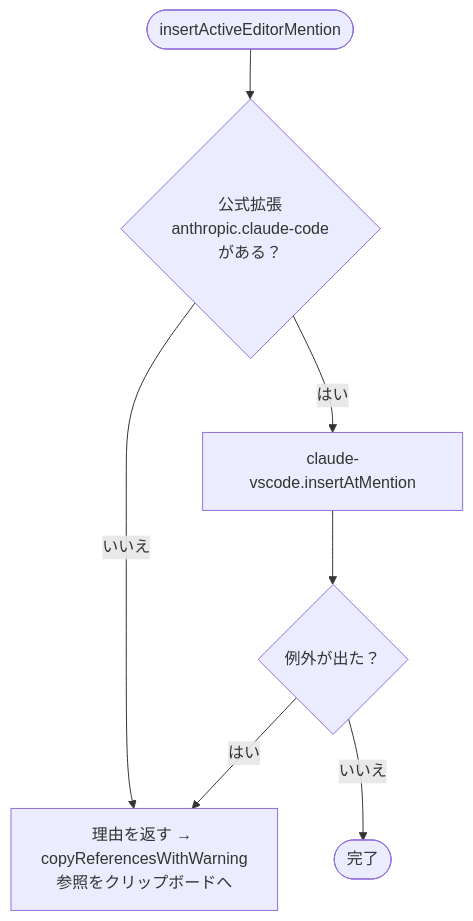
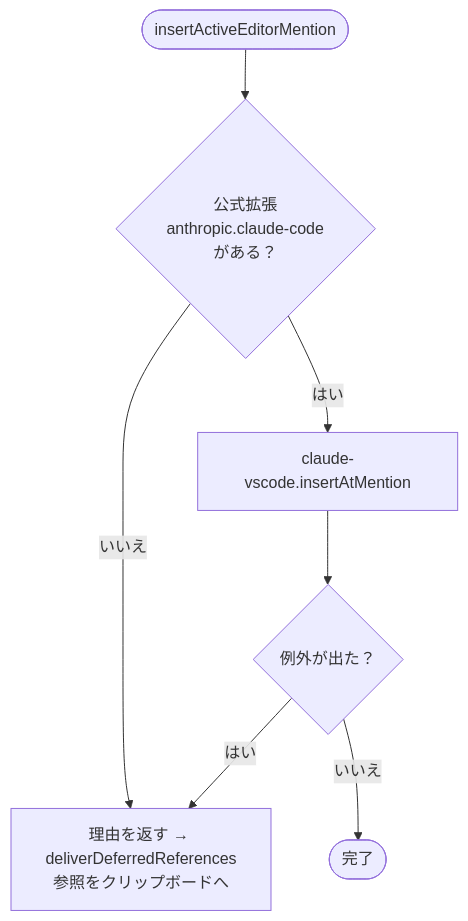
Before and after one commit to kip2/refs-to-chat: the sixth of 7 diagrams in docs/ARCHITECTURE.md, drawn with Mermaid. The commit also changed other lines of this file and 11 other files, not shown here.

````diff
--- a/docs/ARCHITECTURE.md
+++ b/docs/ARCHITECTURE.md
@@ -217,9 +231,9 @@
 ```mermaid
 flowchart TD
   S([insertActiveEditorMention]) --> Q1{公式拡張<br/>anthropic.claude-code<br/>がある？}
-  Q1 -- いいえ --> F[理由を返す → copyReferencesWithWarning<br/>参照をクリップボードへ]
+  Q1 -- いいえ --> F[理由を返す → deliverDeferredReferences<br/>参照をクリップボードへ]
   Q1 -- はい --> P[claude-vscode.insertAtMention]
   P --> Q3{例外が出た？}
   Q3 -- はい --> F
   Q3 -- いいえ --> OK([完了])
 ```
````
